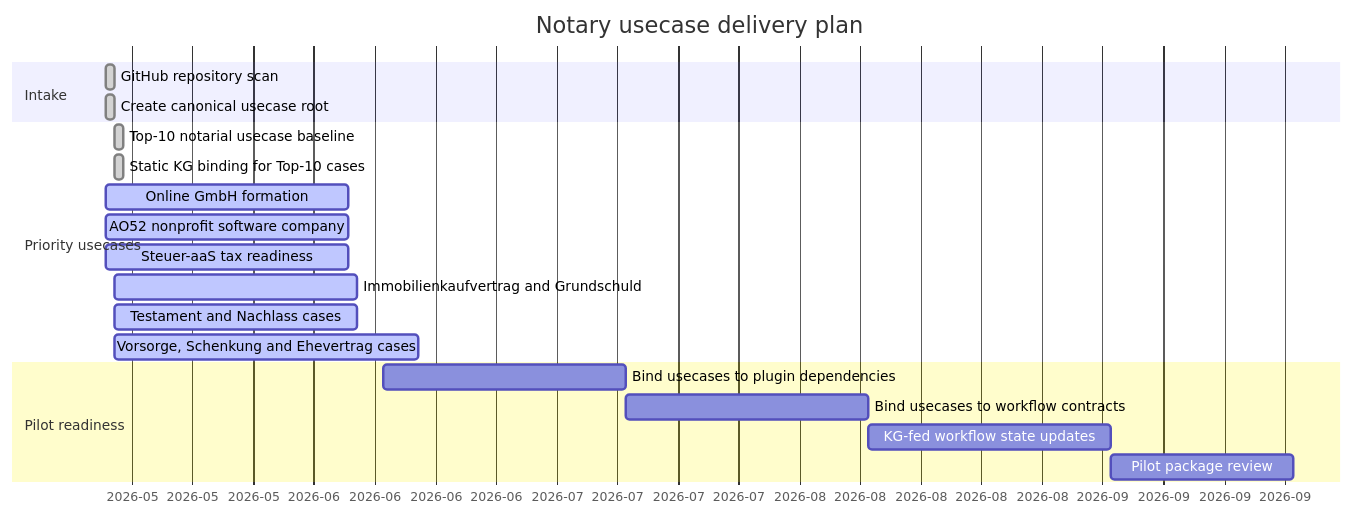
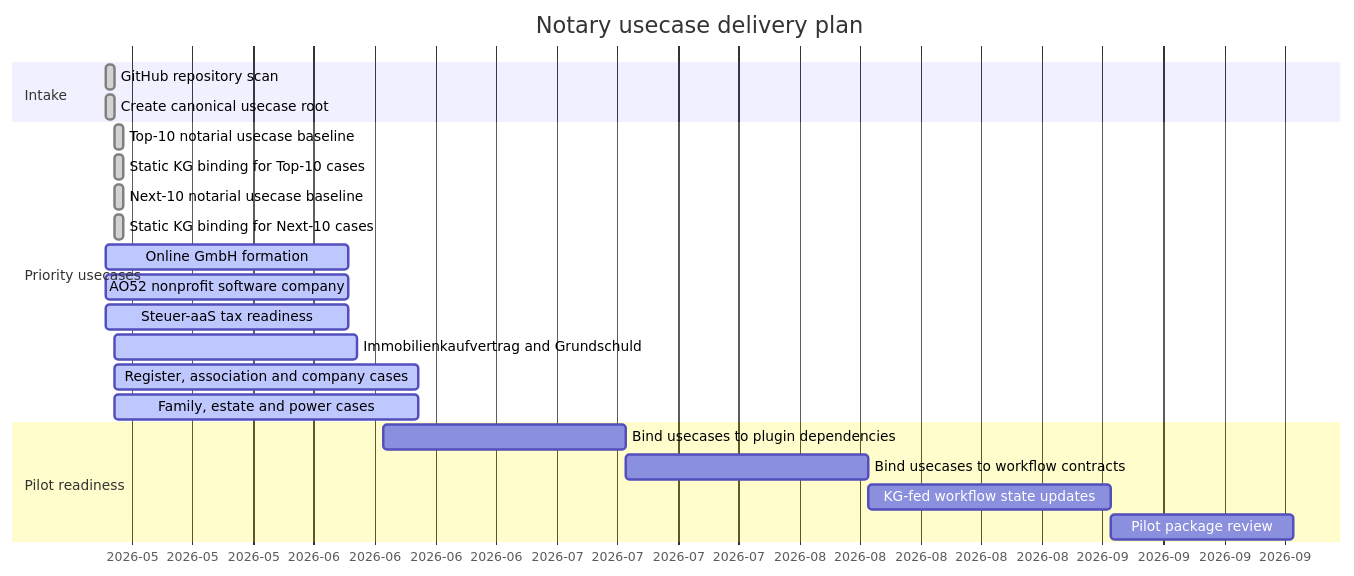
The diagram in usecases/GANTT.md (notariat8/NaC), drawn with Mermaid before and after one commit. The commit also changed other lines of this file and 17 other files, not shown here.

Commit message:
Add next 10 notarial knowledge graph cases

````diff
--- a/usecases/GANTT.md
+++ b/usecases/GANTT.md
@@ -5,26 +5,28 @@
 ```mermaid
 gantt
     title Notary usecase delivery plan
     dateFormat  YYYY-MM-DD
     axisFormat  %Y-%m
 
     section Intake
     GitHub repository scan                      :done,   u1, 2026-05-14, 1d
     Create canonical usecase root              :done,   u2, 2026-05-14, 1d
 
     section Priority usecases
     Top-10 notarial usecase baseline           :done,   u3, 2026-05-15, 1d
     Static KG binding for Top-10 cases         :done,   u4, 2026-05-15, 1d
-    Online GmbH formation                      :active, u5, 2026-05-14, 28d
-    AO52 nonprofit software company            :active, u6, 2026-05-14, 28d
-    Steuer-aaS tax readiness                   :active, u7, 2026-05-14, 28d
-    Immobilienkaufvertrag and Grundschuld      :active, u8, 2026-05-15, 28d
-    Testament and Nachlass cases               :active, u9, 2026-05-15, 28d
-    Vorsorge, Schenkung and Ehevertrag cases   :active, u10, 2026-05-15, 35d
+    Next-10 notarial usecase baseline          :done,   u5, 2026-05-15, 1d
+    Static KG binding for Next-10 cases        :done,   u6, 2026-05-15, 1d
+    Online GmbH formation                      :active, u7, 2026-05-14, 28d
+    AO52 nonprofit software company            :active, u8, 2026-05-14, 28d
+    Steuer-aaS tax readiness                   :active, u9, 2026-05-14, 28d
+    Immobilienkaufvertrag and Grundschuld      :active, u10, 2026-05-15, 28d
+    Register, association and company cases    :active, u11, 2026-05-15, 35d
+    Family, estate and power cases             :active, u12, 2026-05-15, 35d
 
     section Pilot readiness
-    Bind usecases to plugin dependencies        :        u11, 2026-06-15, 28d
-    Bind usecases to workflow contracts         :        u12, after u11, 28d
-    KG-fed workflow state updates               :        u13, after u12, 28d
-    Pilot package review                        :        u14, after u13, 21d
+    Bind usecases to plugin dependencies        :        u13, 2026-06-15, 28d
+    Bind usecases to workflow contracts         :        u14, after u13, 28d
+    KG-fed workflow state updates               :        u15, after u14, 28d
+    Pilot package review                        :        u16, after u15, 21d
 ```
````
